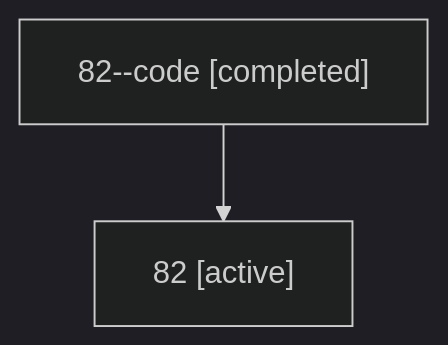
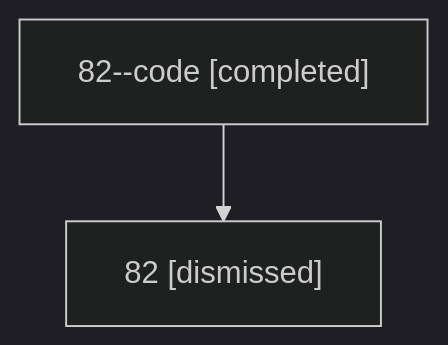
Before and after one commit to sase-org/sase--agents: the diagram in sessions/bbugyi200.athena.82.md, drawn with Mermaid (dark theme). The commit also changed other lines of this file and 31 other files, not shown here.

````diff
--- a/sessions/bbugyi200.athena.82.md
+++ b/sessions/bbugyi200.athena.82.md
@@ -9,6 +9,6 @@
 ```mermaid
 flowchart TD
   n0["82--code [completed]"]
-  n1["82 [active]"]
+  n1["82 [dismissed]"]
   n0 --> n1
 ```
````
